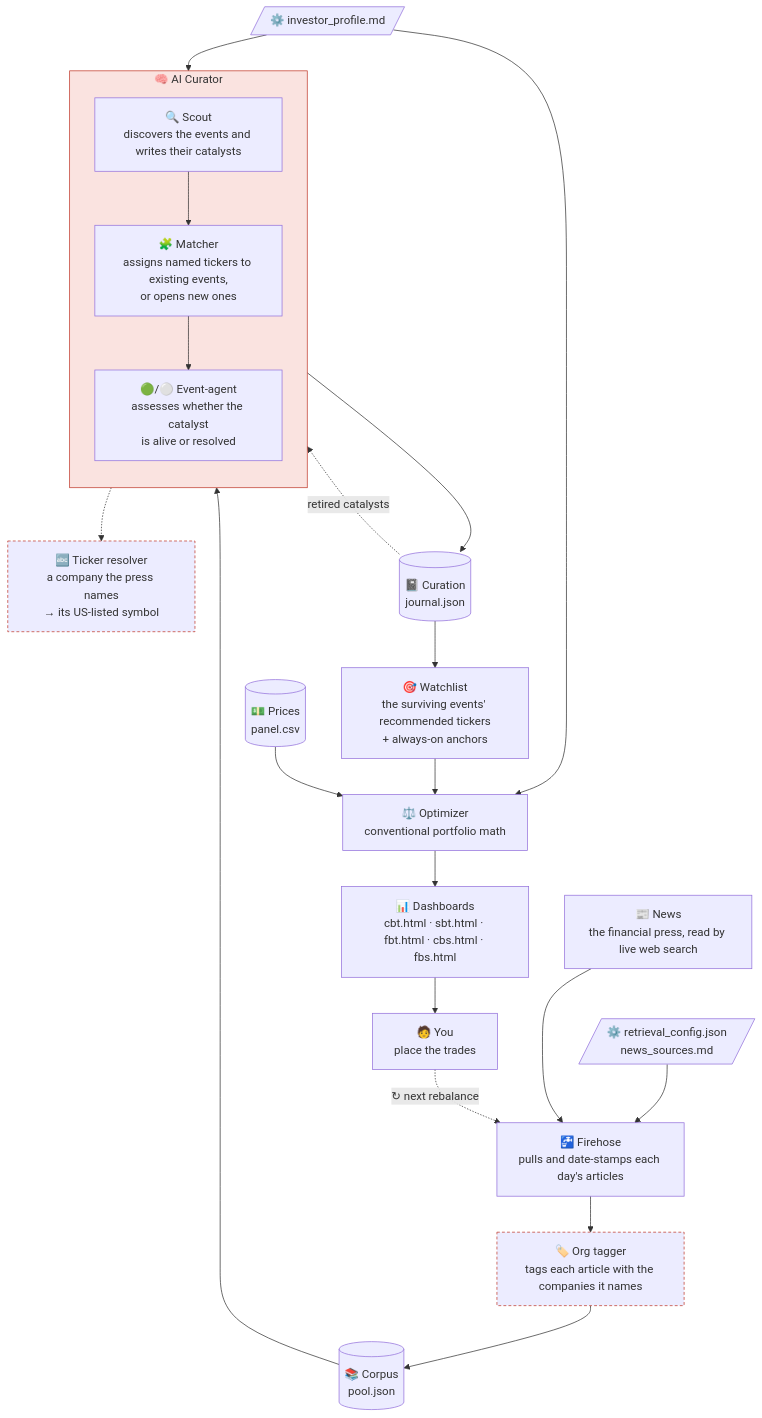
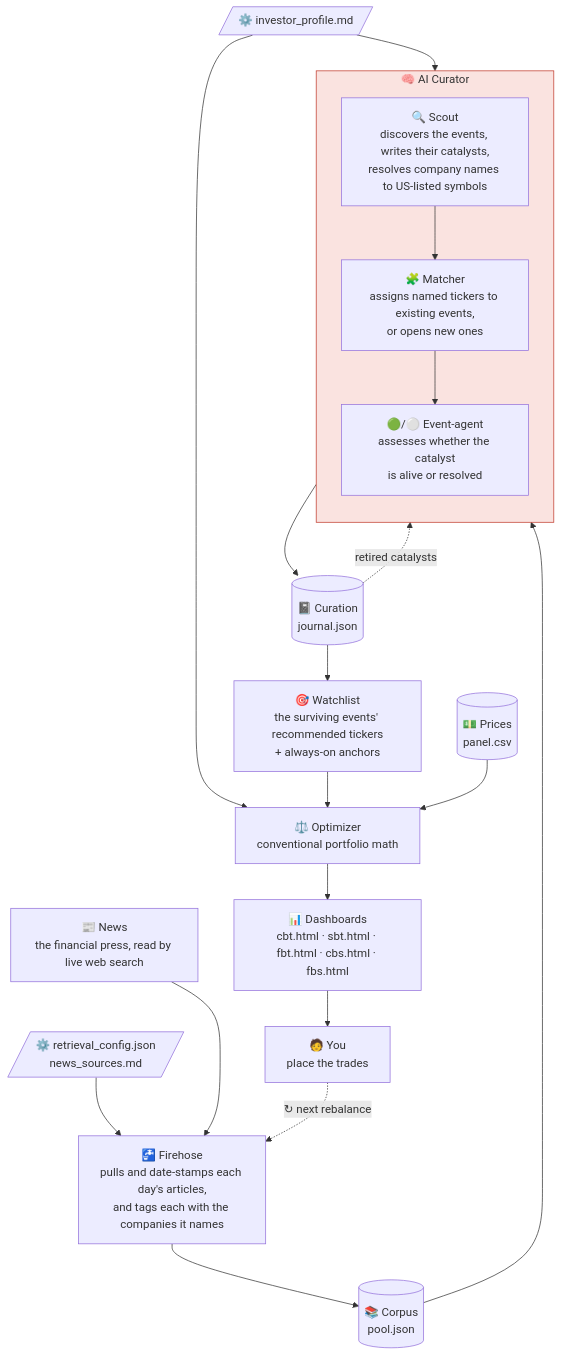
Before and after one commit to joehahn/geo-herd-rider: the diagram in README.md, drawn with Mermaid. The commit also changed other lines of this file, not shown here.

Commit message:
Fold the two lookups into the boxes that run them
Two extra nodes for two calls that decide nothing was more diagram than
the point deserved. The firehose box now says it tags, the scout box
says it resolves, and the prose says where each lives instead of
pointing at boxes that are gone.

Claude-Session: https://claude.ai/code/session_0124KDYUcFYPfSCds3YUFieg

````diff
--- a/README.md
+++ b/README.md
@@ -31,42 +31,36 @@
 ```mermaid
 flowchart TD
     N["📰 News<br/>the financial press, read by live web search"]
     CFG[/"⚙️ retrieval_config.json<br/>news_sources.md"/]
     N ~~~ CFG
     CFG --> FH
     N --> FH
-    FH["🚰 Firehose<br/>pulls and date-stamps each day's articles"]
-    FH --> TAG["🏷️ Org tagger<br/>tags each article with the companies it names"]
-    TAG --> POOL[("📚 Corpus<br/>pool.json")]
+    FH["🚰 Firehose<br/>pulls and date-stamps each day's articles,<br/>and tags each with the companies it names"]
+    FH --> POOL[("📚 Corpus<br/>pool.json")]
     POOL --> SC
 
     subgraph CUR["🧠 AI Curator"]
       direction TB
-      SC["🔍 Scout<br/>discovers the events and writes their catalysts"]
+      SC["🔍 Scout<br/>discovers the events, writes their catalysts,<br/>resolves company names to US-listed symbols"]
       MA["🧩 Matcher<br/>assigns named tickers to existing events,<br/>or opens new ones"]
       AG["🟢/⚪ Event-agent<br/>assesses whether the catalyst<br/>is alive or resolved"]
       SC --> MA --> AG
     end
-
-    RES["🔤 Ticker resolver<br/>a company the press names<br/>&rarr; its US-listed symbol"]
-    SC -.-> RES
 
     PROF[/"⚙️ investor_profile.md"/]
     PROF --> SC
     PROF --> OPT
 
     AG --> J[("📓 Curation<br/>journal.json")]
     J -. "retired catalysts" .-> SC
     J --> WL
     WL["🎯 Watchlist<br/>the surviving events' recommended tickers<br/>+ always-on anchors"]
     WL --> OPT
     PX[("💵 Prices<br/>panel.csv")] --> OPT
     OPT["⚖️ Optimizer<br/>conventional portfolio math"]
     OPT --> D["📊 Dashboards<br/>cbt.html · sbt.html · fbt.html · cbs.html · fbs.html"]
     D --> U["🧑 You<br/>place the trades"]
     U -. "↻ next rebalance" .-> FH
 
     style CUR fill:#fae3e0,stroke:#c0392b
-    style TAG stroke:#c0392b,stroke-dasharray:4 3
-    style RES stroke:#c0392b,stroke-dasharray:4 3
 ```
````
